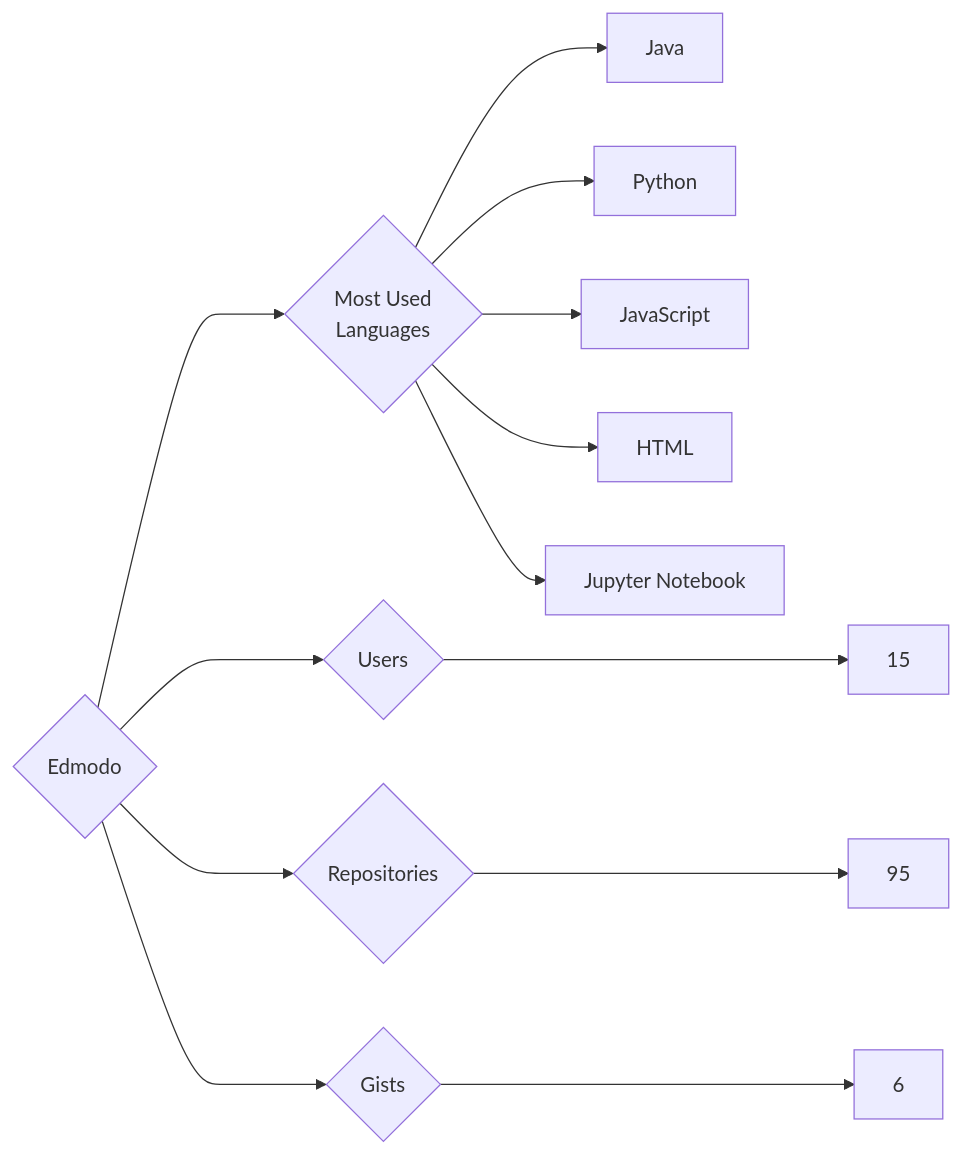
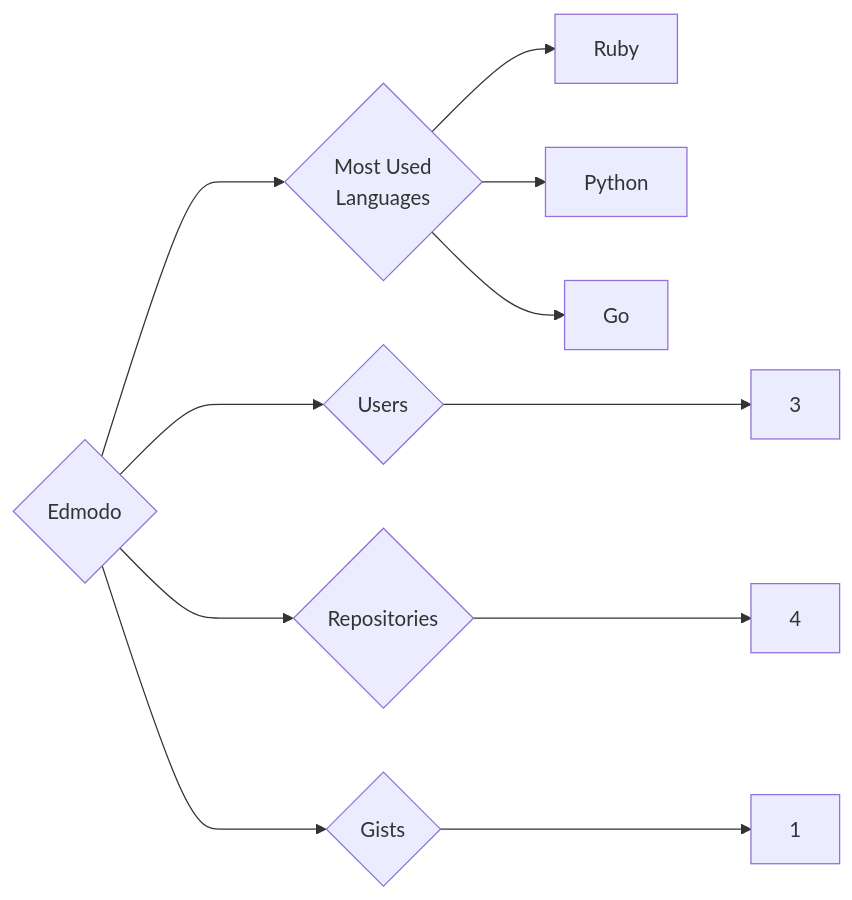
Before and after one commit to trickest/insiders: the diagram in targets/Edmodo/README.md, drawn with Mermaid. The commit also changed 932 other files, not shown here.

````diff
--- a/targets/Edmodo/README.md
+++ b/targets/Edmodo/README.md
@@ -3,13 +3,11 @@
 ```mermaid
 graph LR
 COMPANY_NAME{Edmodo}
-COMPANY_NAME ---> U{Users} ---> UN[15]
-COMPANY_NAME ---> R{Repositories} ---> RN[95]
-COMPANY_NAME ---> G{Gists} ---> GN[6]
+COMPANY_NAME ---> U{Users} ---> UN[3]
+COMPANY_NAME ---> R{Repositories} ---> RN[4]
+COMPANY_NAME ---> G{Gists} ---> GN[1]
 COMPANY_NAME ---> ML{Most Used<br>Languages}
-ML --> Java[Java]
+ML --> Ruby[Ruby]
 ML --> Python[Python]
-ML --> JavaScript[JavaScript]
-ML --> HTML[HTML]
-ML --> Jupyter_Notebook[Jupyter Notebook]
+ML --> Go[Go]
 ```
````
